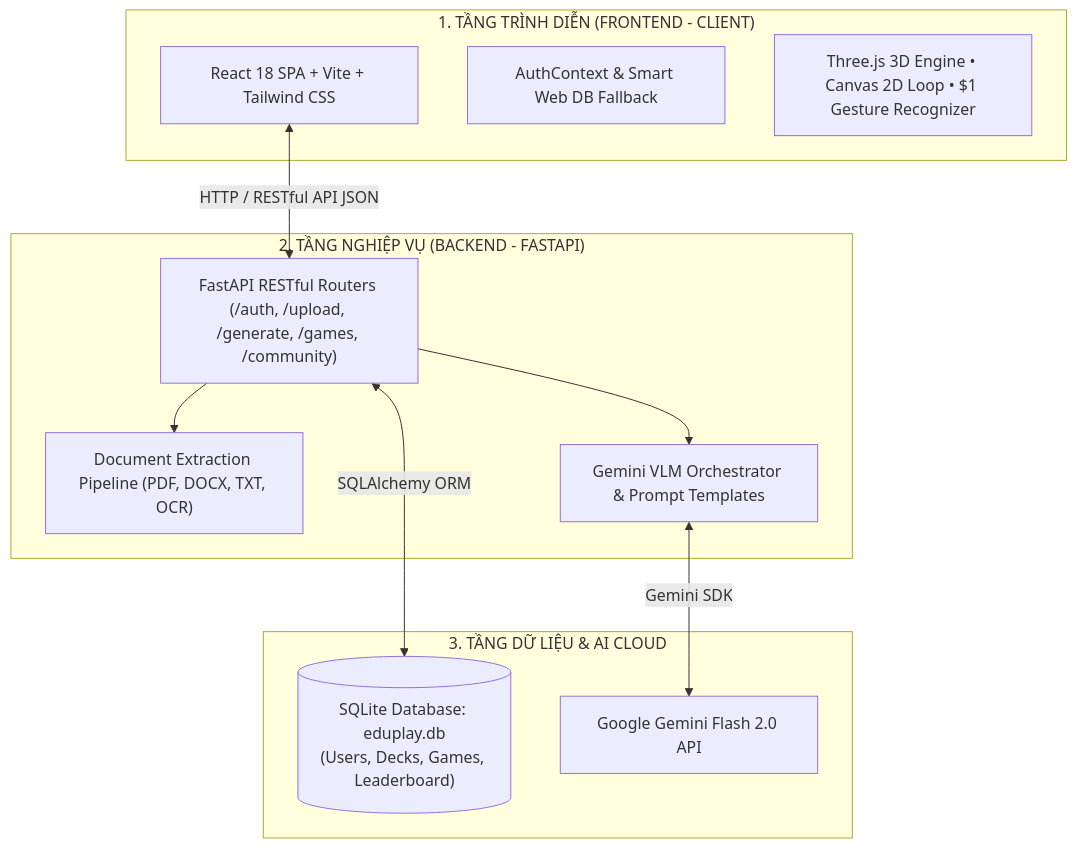
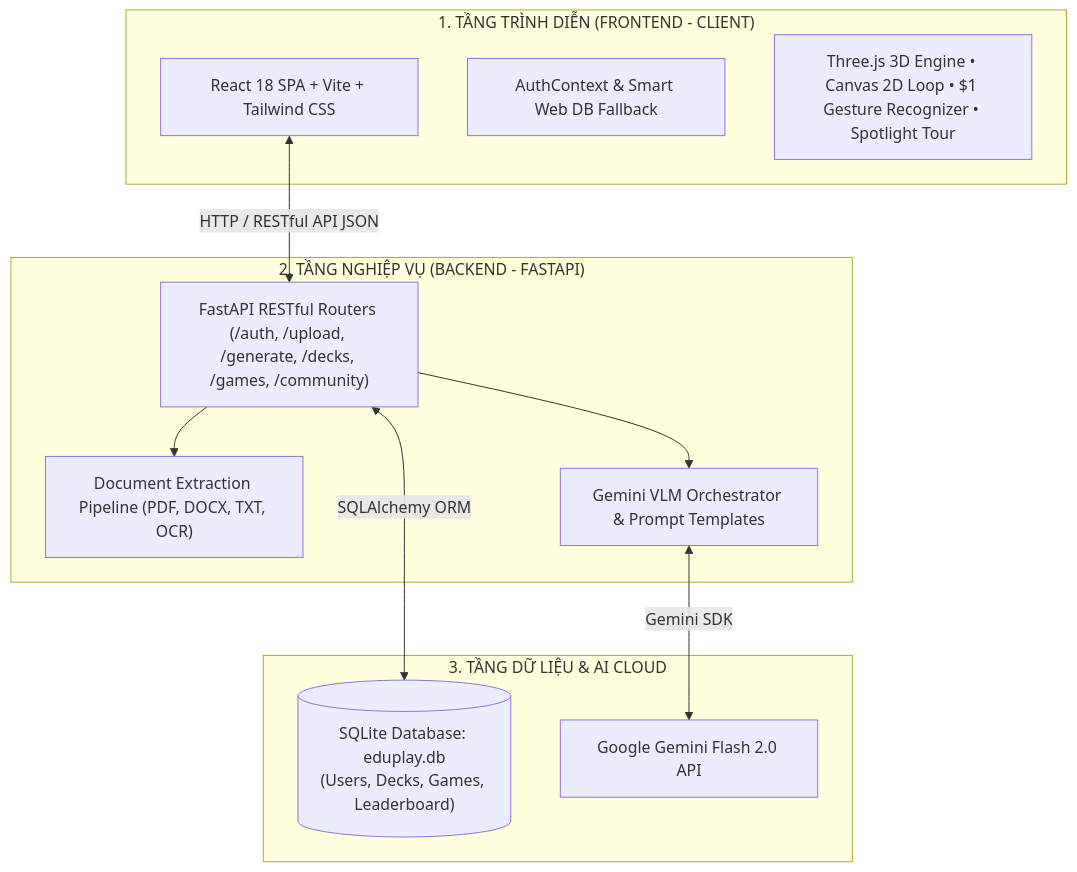
Before and after one commit to bangmanhbac-max/Game: the second of 3 diagrams in README.md, drawn with Mermaid. The commit also changed other lines of this file and 20 other files, not shown here.

Commit message:
feat: clean redundant markdown, enhance README with project visuals, and implement game-style spotlight tour

````diff
--- a/README.md
+++ b/README.md
@@ -92,25 +145,25 @@
 ```mermaid
 flowchart TD
     subgraph PRESENTATION ["1. TẦNG TRÌNH DIỄN (FRONTEND - CLIENT)"]
         UI["React 18 SPA + Vite + Tailwind CSS"]
         AUTH_CTX["AuthContext & Smart Web DB Fallback"]
-        ENGINES["Three.js 3D Engine • Canvas 2D Loop • $1 Gesture Recognizer"]
+        ENGINES["Three.js 3D Engine • Canvas 2D Loop • $1 Gesture Recognizer • Spotlight Tour"]
     end
 
     subgraph APPLICATION ["2. TẦNG NGHIỆP VỤ (BACKEND - FASTAPI)"]
-        API["FastAPI RESTful Routers (/auth, /upload, /generate, /games, /community)"]
+        API["FastAPI RESTful Routers (/auth, /upload, /generate, /decks, /games, /community)"]
         PARSERS["Document Extraction Pipeline (PDF, DOCX, TXT, OCR)"]
         VLM["Gemini VLM Orchestrator & Prompt Templates"]
     end
 
     subgraph DATA_AI ["3. TẦNG DỮ LIỆU & AI CLOUD"]
         SQLITE[("SQLite Database: eduplay.db\n(Users, Decks, Games, Leaderboard)")]
         GEMINI["Google Gemini Flash 2.0 API"]
     end
 
     UI <-->|HTTP / RESTful API JSON| API
     API --> PARSERS
     API --> VLM
     VLM <-->|Gemini SDK| GEMINI
     API <-->|SQLAlchemy ORM| SQLITE
 ```
````
